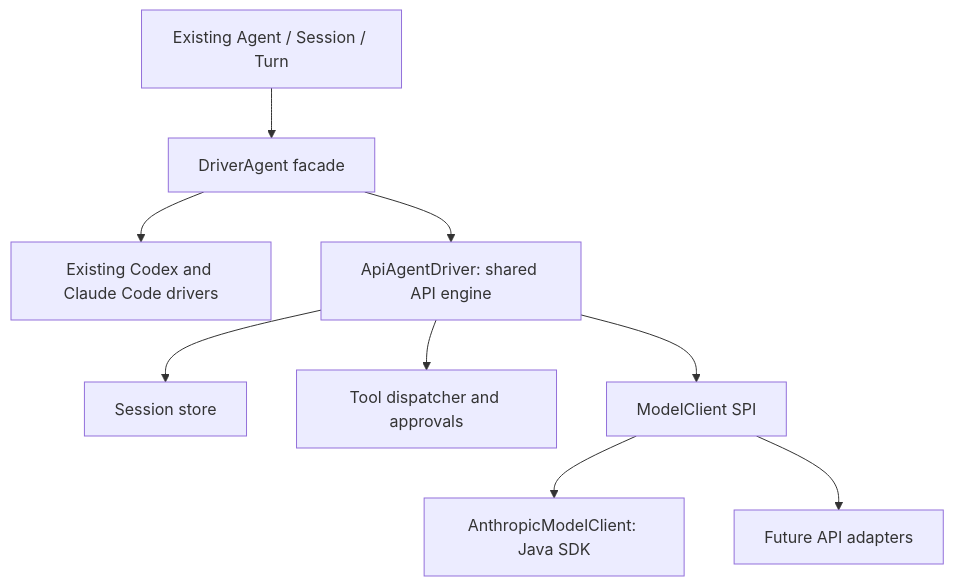
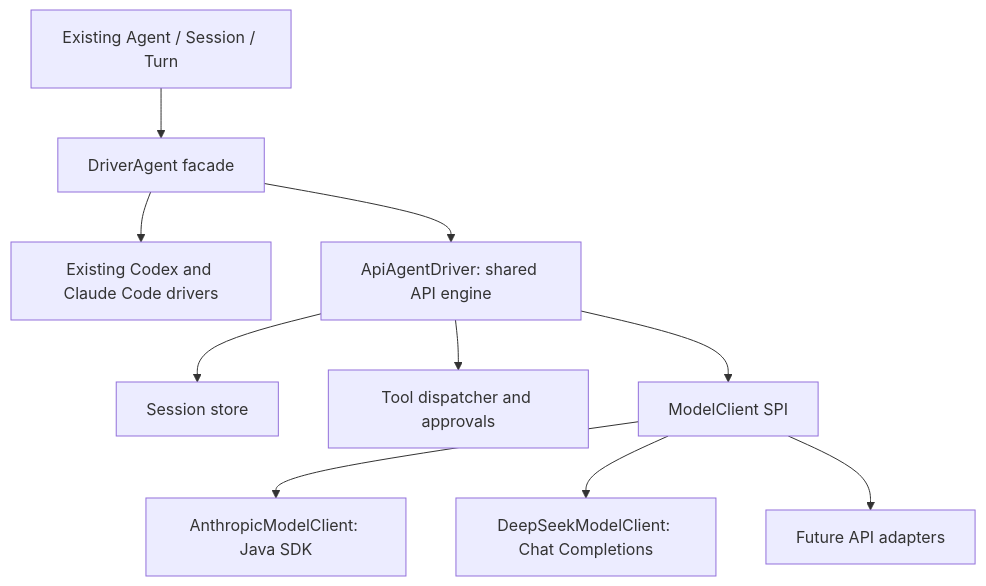
Before and after one commit to shifting-labs/shifting-codej: the diagram in docs/design/direct-api-connectors.md, drawn with Mermaid. The commit also changed other lines of this file and 18 other files, not shown here.

Commit message:
Add direct DeepSeek support to shared API engine

````diff
--- a/docs/design/direct-api-connectors.md
+++ b/docs/design/direct-api-connectors.md
@@ -14,11 +14,12 @@
 ```mermaid
 flowchart TD
     A[Existing Agent / Session / Turn] --> B[DriverAgent facade]
     B --> C[Existing Codex and Claude Code drivers]
     B --> D[ApiAgentDriver: shared API engine]
     D --> E[Session store]
     D --> F[Tool dispatcher and approvals]
     D --> G[ModelClient SPI]
     G --> H[AnthropicModelClient: Java SDK]
-    G --> I[Future API adapters]
+    G --> I[DeepSeekModelClient: Chat Completions]
+    G --> J[Future API adapters]
 ```
````
